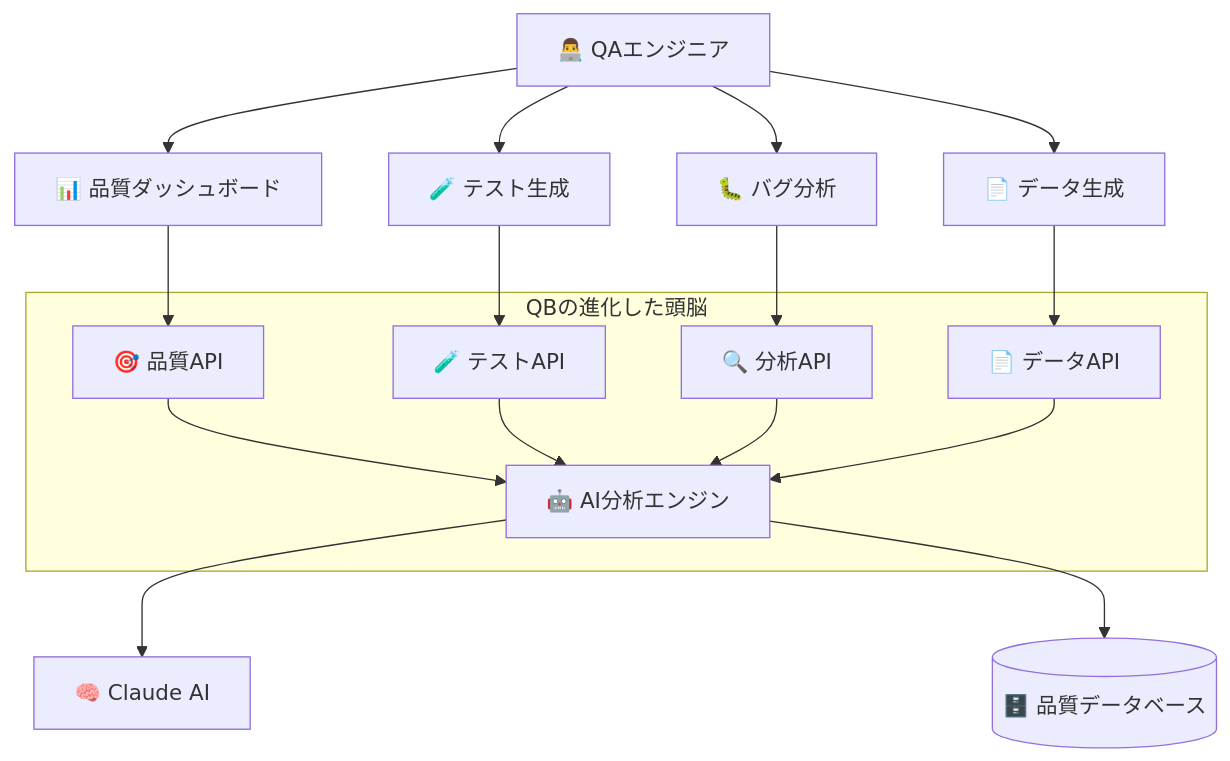
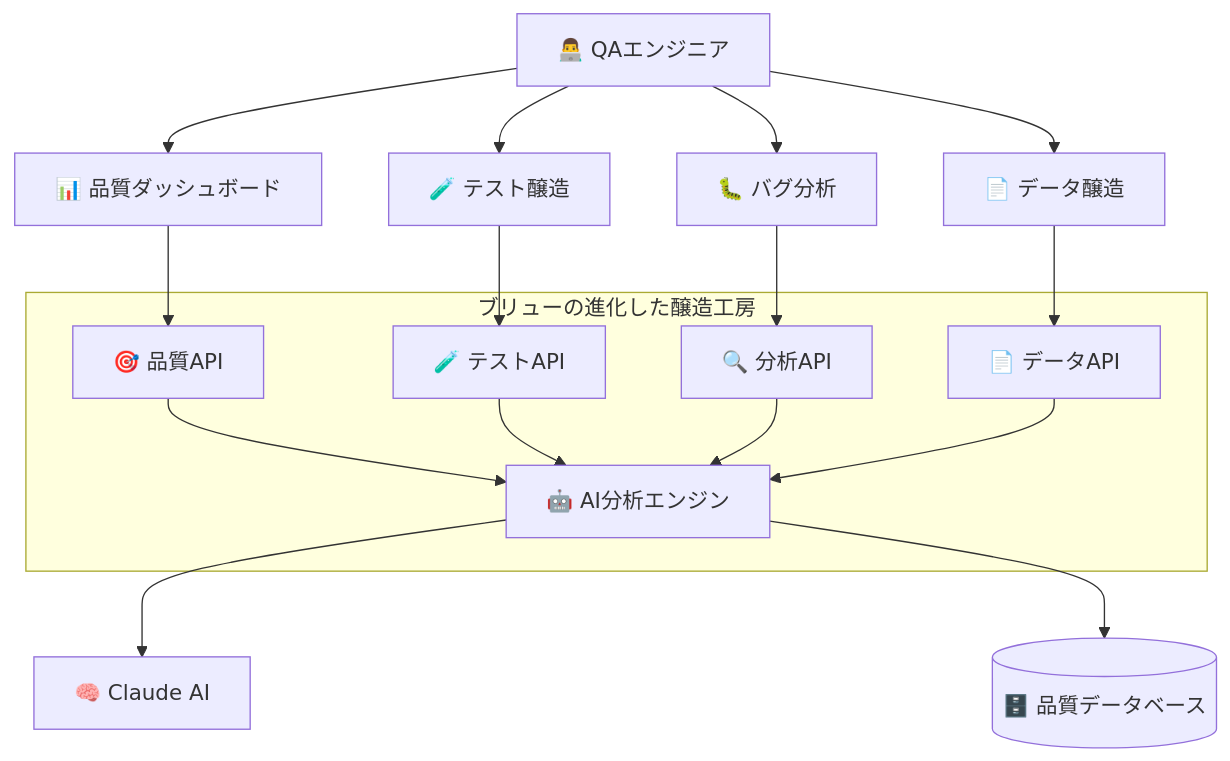
The second of 2 diagrams in README.md (Rons-29/td-buddy-app), drawn with Mermaid before and after one commit. The commit also changed other lines of this file, not shown here.

Commit message:
feat: QA WorkbenchとブリューへのリブランディングREADME更新 - サービス名: QualityBuddy → QA Workbench - キャラクター名: QBくん → ブリュー（Assistant Brew） - コンセプト: 万能パートナー → QA作業場の助手 - 機能表現: 生成 → 醸造（データをbrewするイメージ） - アーキテクチャ図とメッセージを全面的に刷新

````diff
--- a/README.md
+++ b/README.md
@@ -187,28 +185,28 @@
 ```mermaid
 graph TB
     QA[👨‍💻 QAエンジニア] --> Dashboard[📊 品質ダッシュボード]
-    QA --> TestGen[🧪 テスト生成]
+    QA --> TestGen[🧪 テスト醸造]
     QA --> BugAnalysis[🐛 バグ分析]
-    QA --> DataGen[📄 データ生成]
+    QA --> DataGen[📄 データ醸造]
 
     Dashboard --> QualityAPI[🎯 品質API]
     TestGen --> TestAPI[🧪 テストAPI]
     BugAnalysis --> AnalysisAPI[🔍 分析API]
     DataGen --> DataAPI[📄 データAPI]
 
     QualityAPI --> AIEngine[🤖 AI分析エンジン]
     TestAPI --> AIEngine
     AnalysisAPI --> AIEngine
     DataAPI --> AIEngine
 
     AIEngine --> Claude[🧠 Claude AI]
     AIEngine --> QualityDB[(🗄️ 品質データベース)]
 
-    subgraph "QBの進化した頭脳"
+    subgraph "ブリューの進化した醸造工房"
         QualityAPI
         TestAPI
         AnalysisAPI
         DataAPI
         AIEngine
     end
 ```
````
